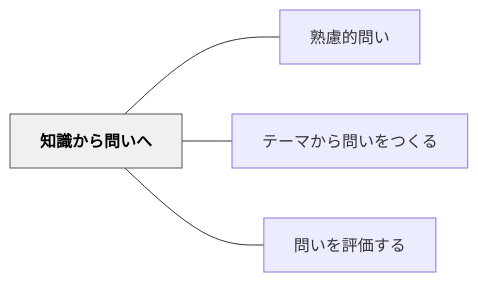
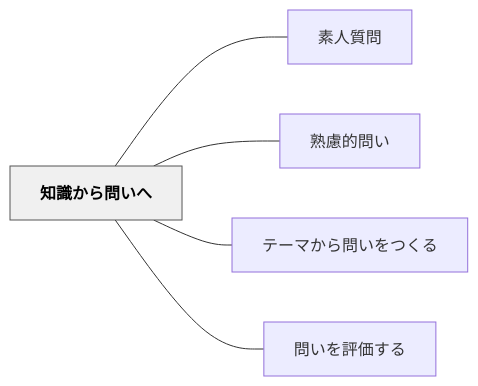
Before and after one commit to unknownthings-ed-patterns/unknownthings-ed-patterns: the diagram in content/パタン/知識から問いへ.md, drawn with Mermaid. The commit also changed other lines of this file and 473 other files, not shown here.

````diff
--- a/content/パタン/知識から問いへ.md
+++ b/content/パタン/知識から問いへ.md
@@ -49,14 +50,16 @@
 ```mermaid
 flowchart LR
     ne79fa5e8ad98["知識から問いへ"]
+    ne7b4a0e4baba["素人質問"]
     ne7869fe685ae["熟慮的問い"]
     ne38386e383bc["テーマから問いをつくる"]
     ne5958fe38184["問いを評価する"]
 
+    ne79fa5e8ad98 --- ne7b4a0e4baba
     ne79fa5e8ad98 --- ne7869fe685ae
     ne79fa5e8ad98 --- ne38386e383bc
     ne79fa5e8ad98 --- ne5958fe38184
 
     classDef hub fill:#f0f0f0,stroke:#555,color:#000,font-weight:bold
     class ne79fa5e8ad98 hub
 ```
````
